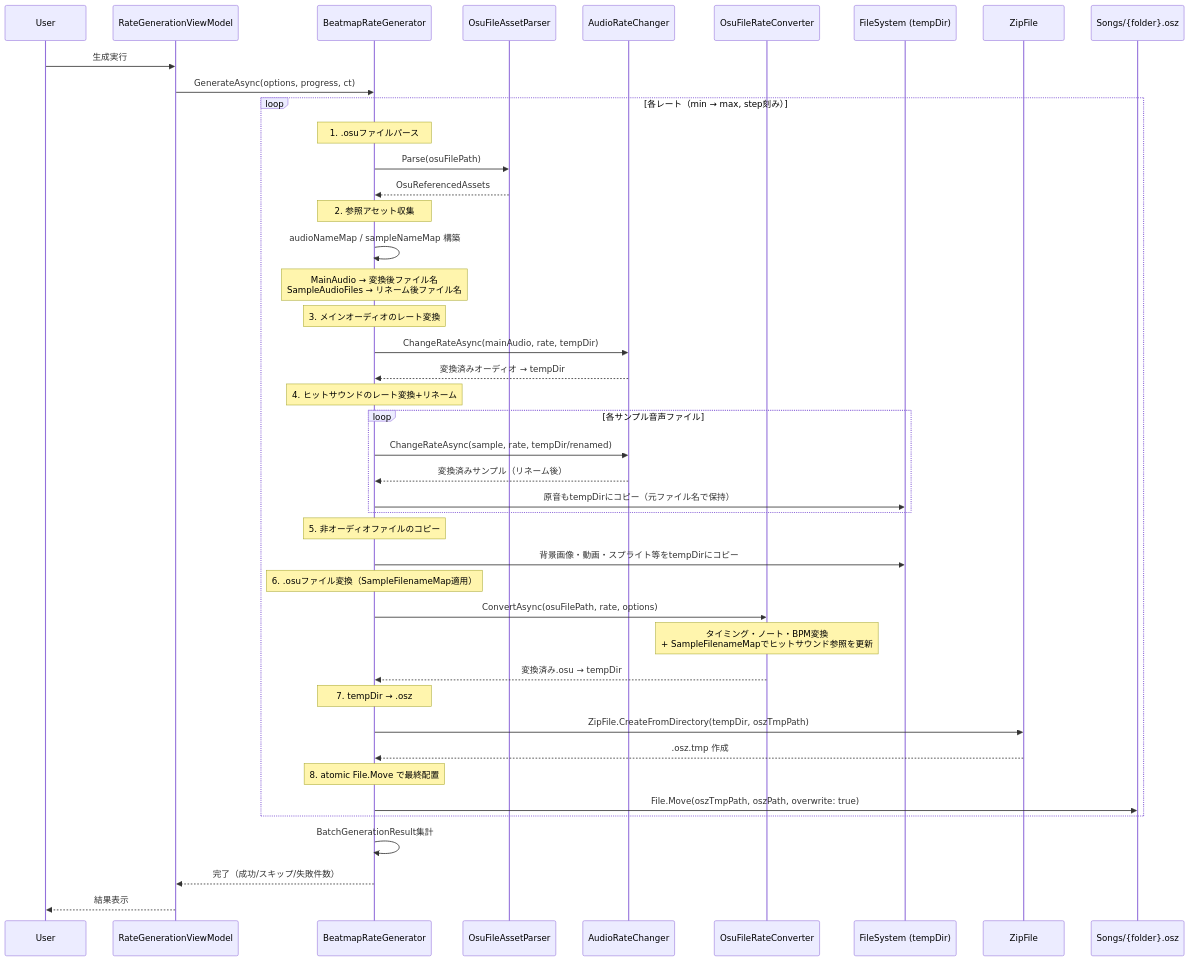
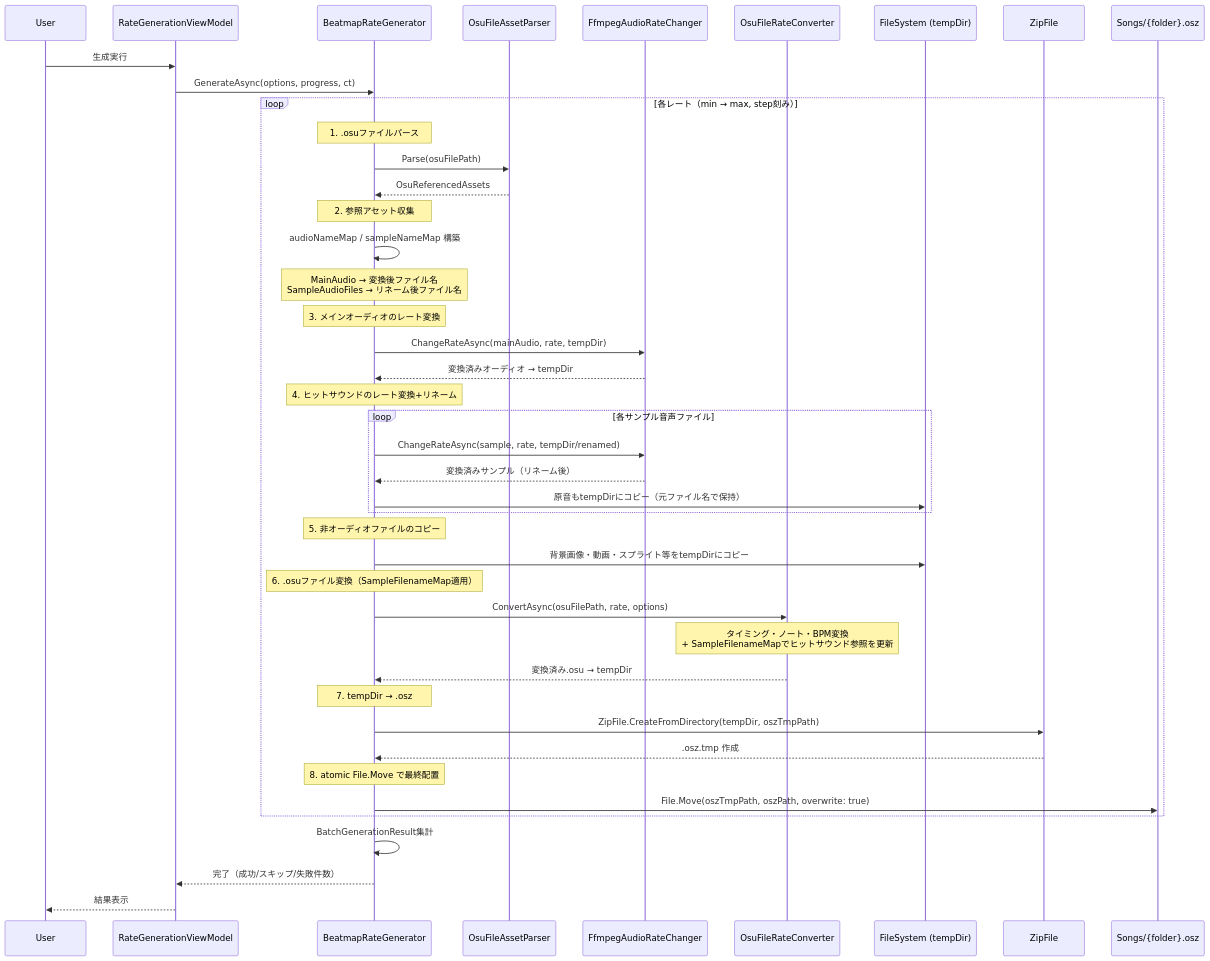
Before and after one commit to rice5941/NakuruTool_Avalonia_AOT: diagram 21 of 21 in docs/DATA_FLOW.md, drawn with Mermaid. The commit also changed other lines of this file and 33 other files, not shown here.

````diff
--- a/docs/DATA_FLOW.md
+++ b/docs/DATA_FLOW.md
@@ -808,55 +808,55 @@
 ```mermaid
 sequenceDiagram
     participant User
     participant VM as RateGenerationViewModel
     participant BRG as BeatmapRateGenerator
     participant OFAP as OsuFileAssetParser
-    participant ARC as AudioRateChanger
+    participant ARC as FfmpegAudioRateChanger
     participant OFC as OsuFileRateConverter
     participant FS as FileSystem (tempDir)
     participant ZIP as ZipFile
     participant Songs as Songs/{folder}.osz
 
     User->>VM: 生成実行
     VM->>BRG: GenerateAsync(options, progress, ct)
 
     loop 各レート（min → max, step刻み）
         Note over BRG: 1. .osuファイルパース
         BRG->>OFAP: Parse(osuFilePath)
         OFAP-->>BRG: OsuReferencedAssets
 
         Note over BRG: 2. 参照アセット収集
         BRG->>BRG: audioNameMap / sampleNameMap 構築
         Note over BRG: MainAudio → 変換後ファイル名<br/>SampleAudioFiles → リネーム後ファイル名
 
         Note over BRG: 3. メインオーディオのレート変換
         BRG->>ARC: ChangeRateAsync(mainAudio, rate, tempDir)
         ARC-->>BRG: 変換済みオーディオ → tempDir
 
         Note over BRG: 4. ヒットサウンドのレート変換+リネーム
         loop 各サンプル音声ファイル
             BRG->>ARC: ChangeRateAsync(sample, rate, tempDir/renamed)
             ARC-->>BRG: 変換済みサンプル（リネーム後）
             BRG->>FS: 原音もtempDirにコピー（元ファイル名で保持）
         end
 
         Note over BRG: 5. 非オーディオファイルのコピー
         BRG->>FS: 背景画像・動画・スプライト等をtempDirにコピー
 
         Note over BRG: 6. .osuファイル変換（SampleFilenameMap適用）
         BRG->>OFC: ConvertAsync(osuFilePath, rate, options)
         Note over OFC: タイミング・ノート・BPM変換<br/>+ SampleFilenameMapでヒットサウンド参照を更新
         OFC-->>BRG: 変換済み.osu → tempDir
 
         Note over BRG: 7. tempDir → .osz
         BRG->>ZIP: ZipFile.CreateFromDirectory(tempDir, oszTmpPath)
         ZIP-->>BRG: .osz.tmp 作成
 
         Note over BRG: 8. atomic File.Move で最終配置
         BRG->>Songs: File.Move(oszTmpPath, oszPath, overwrite: true)
     end
 
     BRG->>BRG: BatchGenerationResult集計
     BRG-->>VM: 完了（成功/スキップ/失敗件数）
     VM-->>User: 結果表示
 ```
````
